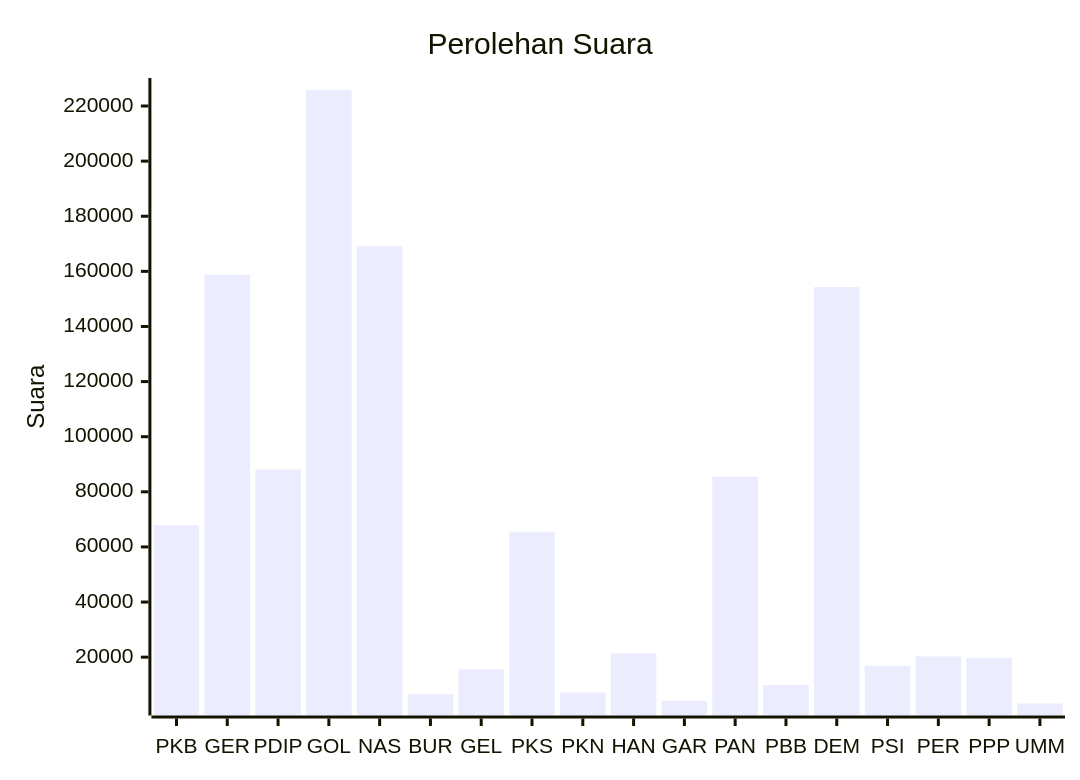
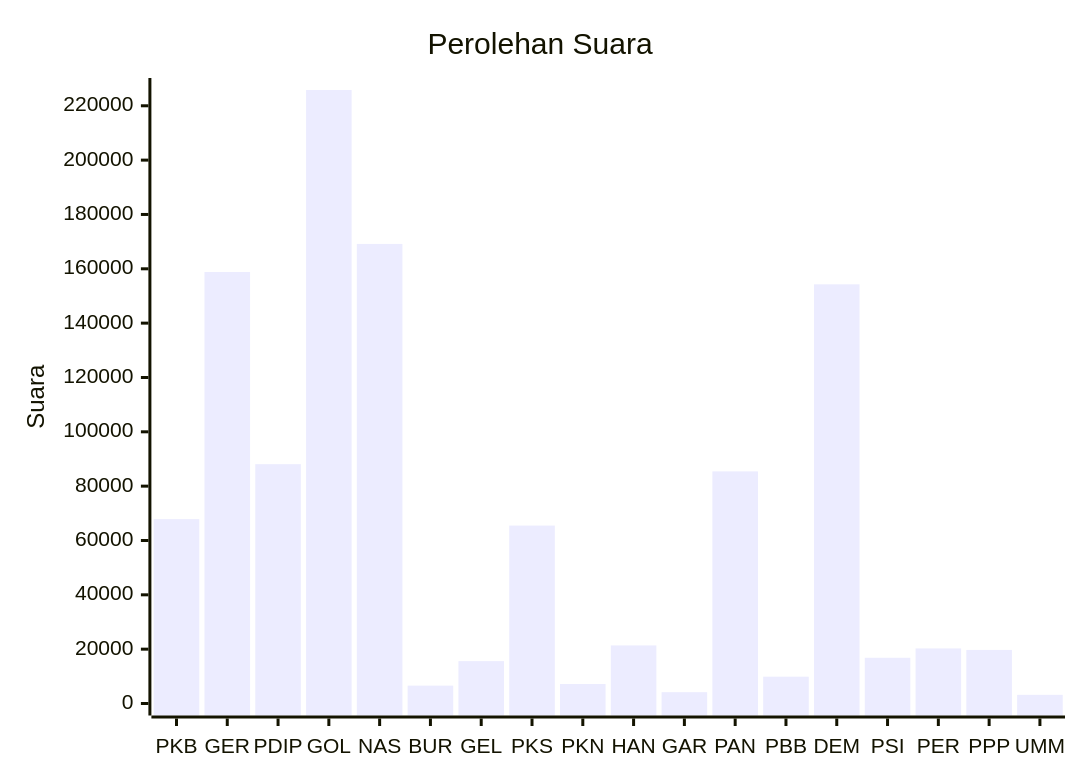
Before and after one commit to gigit-pemilu/pemilu-2024: the diagram in pileg-dpr/hitung-suara/sub/table-wilayah-72.md, drawn with Mermaid. The commit also changed 57 other files, not shown here.

````diff
--- a/pileg-dpr/hitung-suara/sub/table-wilayah-72.md
+++ b/pileg-dpr/hitung-suara/sub/table-wilayah-72.md
@@ -7,7 +7,7 @@
 ```mermaid
 xychart-beta
     title "Perolehan Suara"
     x-axis [PKB, GER, PDIP, GOL, NAS, BUR, GEL, PKS, PKN, HAN, GAR, PAN, PBB, DEM, PSI, PER, PPP, UMM]
-    y-axis "Suara"
+    y-axis "Suara" 0 --> 225810
     bar [67868, 158836, 88094, 225810, 169152, 6578, 15598, 65493, 7186, 21375, 4172, 85436, 9875, 154278, 16834, 20274, 19718, 3184]
 ```
````
